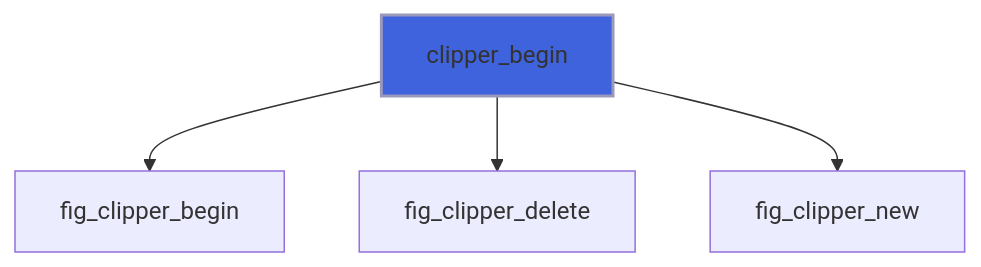
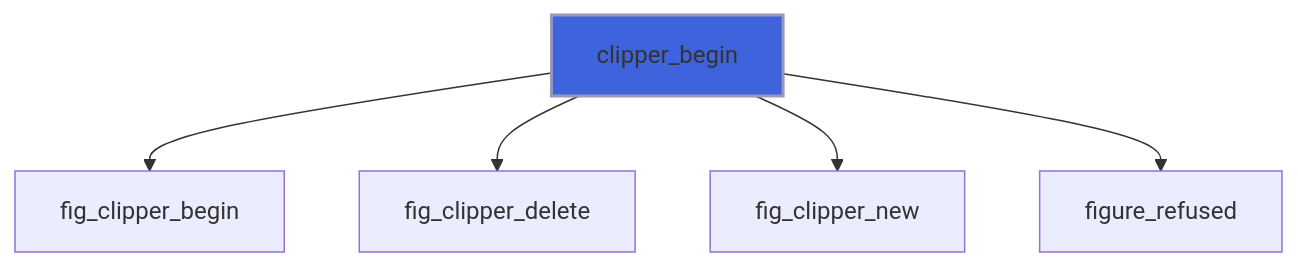
The second of 26 diagrams in docs/api/src/lib/figure_group.md (szaghi/figure), drawn with Mermaid before and after one commit. The commit also changed other lines of this file and 10 other files, not shown here.

````diff
--- a/docs/api/src/lib/figure_group.md
+++ b/docs/api/src/lib/figure_group.md
@@ -115,7 +119,8 @@
 ```mermaid
 flowchart TD
   clipper_begin["clipper_begin"] --> fig_clipper_begin["fig_clipper_begin"]
   clipper_begin["clipper_begin"] --> fig_clipper_delete["fig_clipper_delete"]
   clipper_begin["clipper_begin"] --> fig_clipper_new["fig_clipper_new"]
+  clipper_begin["clipper_begin"] --> figure_refused["figure_refused"]
   style clipper_begin fill:#3e63dd,stroke:#99b,stroke-width:2px
 ```
````
